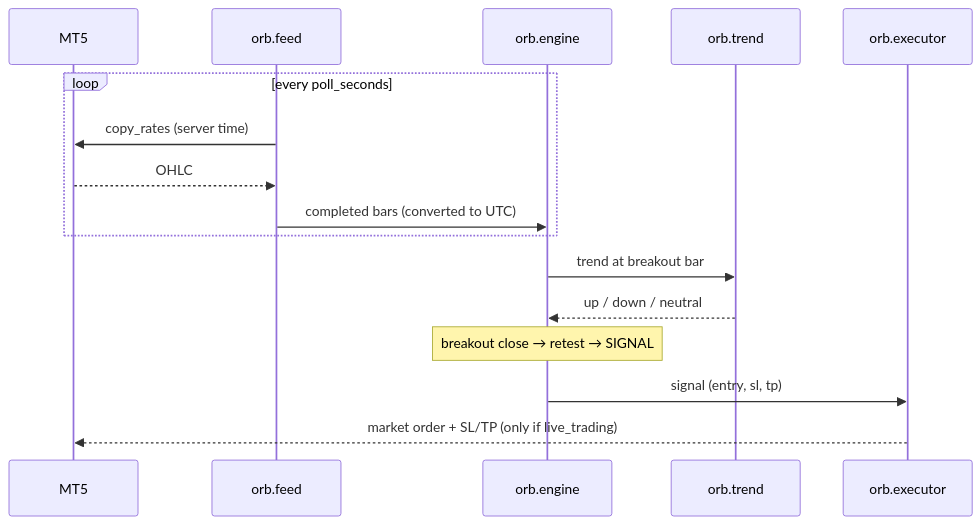
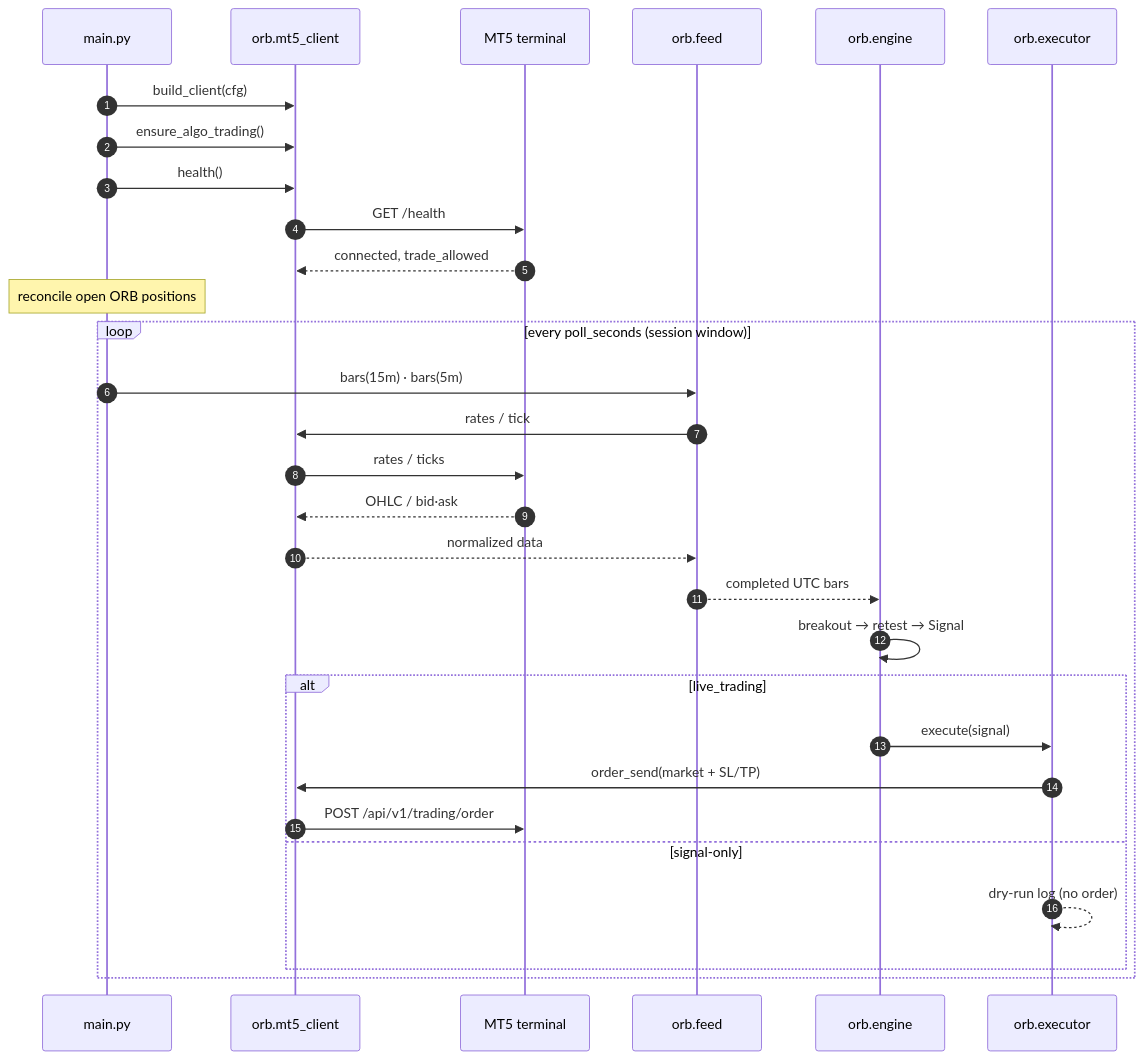
Before and after one commit to fredriick/ORB_US100: the third of 5 diagrams in README.md, drawn with Mermaid. The commit also changed other lines of this file, not shown here.

Commit message:
Improve README: transport/deployment diagrams, endpoints, findings

````diff
--- a/README.md
+++ b/README.md
@@ -84,19 +142,34 @@
 ```mermaid
 sequenceDiagram
-    participant MT5
+    autonumber
+    participant Main as main.py
+    participant Client as orb.mt5_client
+    participant Term as MT5 terminal
     participant Feed as orb.feed
     participant Eng as orb.engine
-    participant Trend as orb.trend
     participant Exec as orb.executor
 
-    loop every poll_seconds
-        Feed->>MT5: copy_rates (server time)
-        MT5-->>Feed: OHLC
-        Feed->>Eng: completed bars (converted to UTC)
+    Main->>Client: build_client(cfg)
+    Main->>Client: ensure_algo_trading()
+    Main->>Client: health()
+    Client->>Term: GET /health
+    Term-->>Client: connected, trade_allowed
+    Note over Main: reconcile open ORB positions
+
+    loop every poll_seconds (session window)
+        Main->>Feed: bars(15m) · bars(5m)
+        Feed->>Client: rates / tick
+        Client->>Term: rates / ticks
+        Term-->>Client: OHLC / bid·ask
+        Client-->>Feed: normalized data
+        Feed-->>Eng: completed UTC bars
+        Eng->>Eng: breakout → retest → Signal
+        alt live_trading
+            Eng->>Exec: execute(signal)
+            Exec->>Client: order_send(market + SL/TP)
+            Client->>Term: POST /api/v1/trading/order
+        else signal-only
+            Exec-->>Exec: dry-run log (no order)
+        end
     end
-    Eng->>Trend: trend at breakout bar
-    Trend-->>Eng: up / down / neutral
-    Note over Eng: breakout close → retest → SIGNAL
-    Eng->>Exec: signal (entry, sl, tp)
-    Exec-->>MT5: market order + SL/TP  (only if live_trading)
 ```
````
